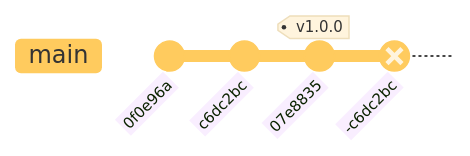
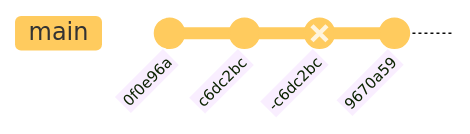
One commit to umr-marbec/git-training changed the eighth of 28 diagrams in git-training.qmd. Above: the diagram before and after it, drawn with Mermaid. The commit also changed other lines of this file and 1 other file, not shown here.

````diff
--- a/git-training.qmd
+++ b/git-training.qmd
@@ -268,11 +275,11 @@
 ```{mermaid}
-%%|label: fig-graph5
+%%|label: graph6
 %%| fig-width: 5
 %%| fig-align: center
 %%{init: { 'logLevel': 'debug', 'theme': 'base', 'gitGraph': {'rotateCommitLabel': true}}}%%
 gitGraph
     commit id: "0f0e96a"
     commit id: "c6dc2bc"
-    commit id: "07e8835" tag: "v1.0.0"
     commit id: "-c6dc2bc" type: REVERSE
+    commit id: "9670a59"
 ```
````
